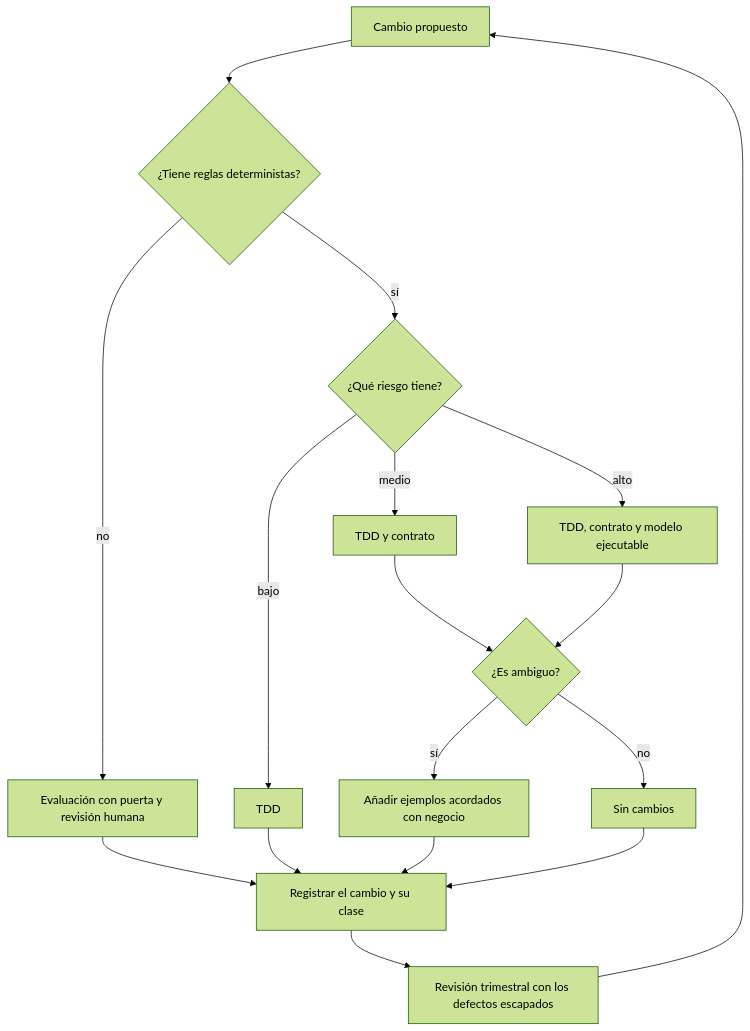
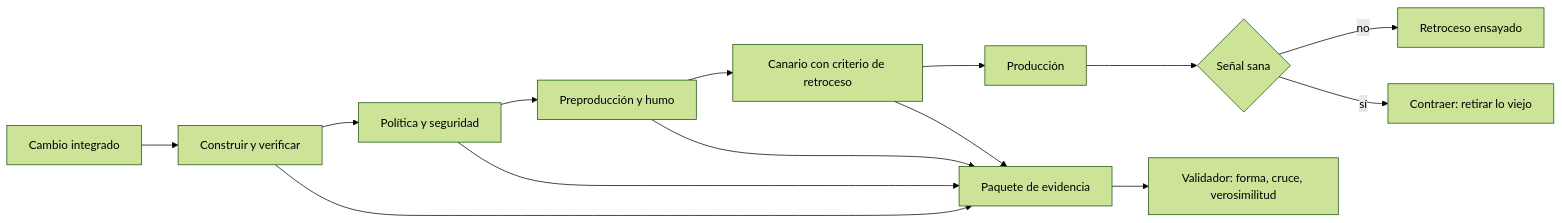
One commit to vladimiracunadev-create/modern-software-engineering-program changed the diagram in content/part-40/SE-492.md. Above: the diagram before and after it, drawn with Mermaid (forest theme). The commit also changed other lines of this file and 5193 other files, not shown here.

````diff
--- a/content/part-40/SE-492.md
+++ b/content/part-40/SE-492.md
@@ -59,19 +56,16 @@
 ```mermaid
-flowchart TB
-    A[Cambio propuesto] --> B{¿Tiene reglas deterministas?}
-    B -->|no| C[Evaluación con puerta y revisión humana]
-    B -->|sí| D{¿Qué riesgo tiene?}
-    D -->|bajo| E[TDD]
-    D -->|medio| F[TDD y contrato]
-    D -->|alto| G[TDD, contrato y modelo ejecutable]
-    F --> H{¿Es ambiguo?}
-    G --> H
-    H -->|sí| I[Añadir ejemplos acordados con negocio]
-    H -->|no| J[Sin cambios]
-    E --> K[Registrar el cambio y su clase]
-    C --> K
-    I --> K
-    J --> K
-    K --> L[Revisión trimestral con los defectos escapados]
-    L --> A
+flowchart LR
+    A[Cambio integrado] --> B[Construir y verificar]
+    B --> C[Política y seguridad]
+    C --> D[Preproducción y humo]
+    D --> E[Canario con criterio de retroceso]
+    E --> F[Producción]
+    F --> G{Señal sana}
+    G -->|no| H[Retroceso ensayado]
+    G -->|sí| I[Contraer: retirar lo viejo]
+    B --> J[Paquete de evidencia]
+    C --> J
+    D --> J
+    E --> J
+    J --> K[Validador: forma, cruce, verosimilitud]
 ```
````
